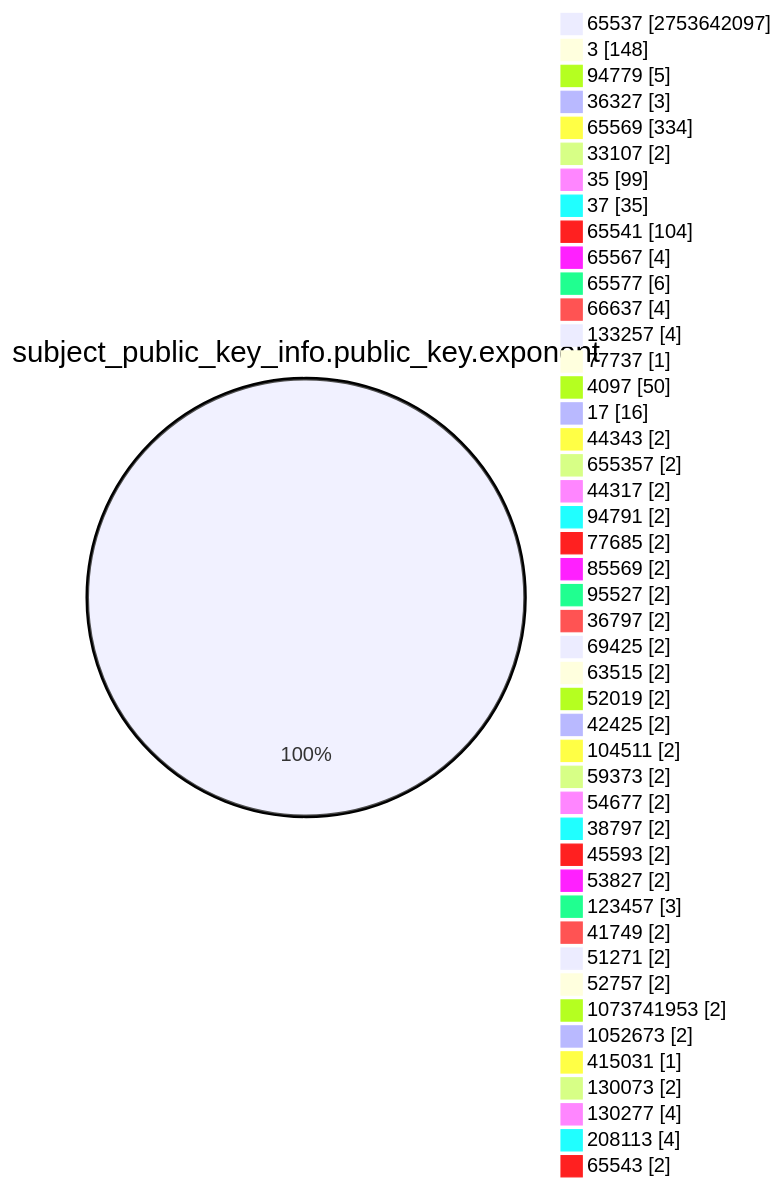
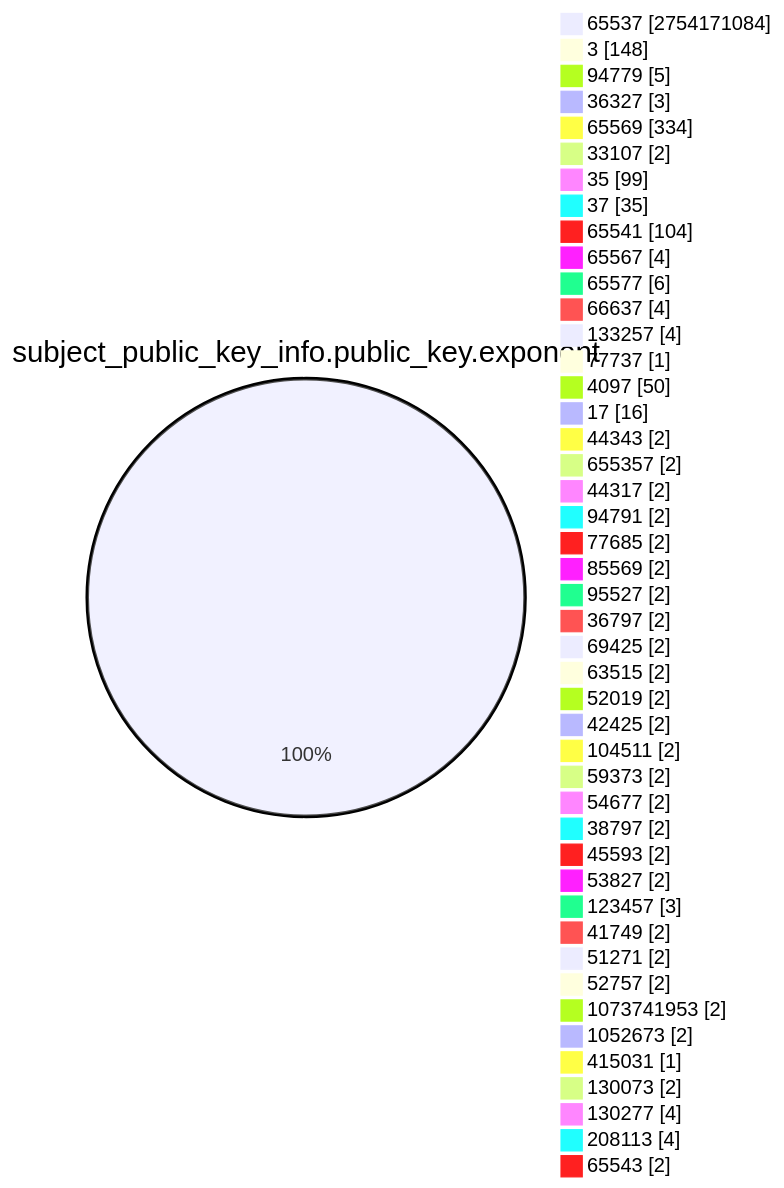
The fourth of 15 diagrams in TOTAL/README.md (christiankrug/ctmonitor_visualization), drawn with Mermaid before and after one commit. The commit also changed other lines of this file, not shown here.

````diff
--- a/TOTAL/README.md
+++ b/TOTAL/README.md
@@ -1467,49 +1467,49 @@
 ```mermaid
 pie showData
 title subject_public_key_info.public_key.exponent
-"65537" :2753642097
+"65537" :2754171084
 "3" :148
 "94779" :5
 "36327" :3
 "65569" :334
 "33107" :2
 "35" :99
 "37" :35
 "65541" :104
 "65567" :4
 "65577" :6
 "66637" :4
 "133257" :4
 "77737" :1
 "4097" :50
 "17" :16
 "44343" :2
 "655357" :2
 "44317" :2
 "94791" :2
 "77685" :2
 "85569" :2
 "95527" :2
 "36797" :2
 "69425" :2
 "63515" :2
 "52019" :2
 "42425" :2
 "104511" :2
 "59373" :2
 "54677" :2
 "38797" :2
 "45593" :2
 "53827" :2
 "123457" :3
 "41749" :2
 "51271" :2
 "52757" :2
 "1073741953" :2
 "1052673" :2
 "415031" :1
 "130073" :2
 "130277" :4
 "208113" :4
 "65543" :2
 ```
````
